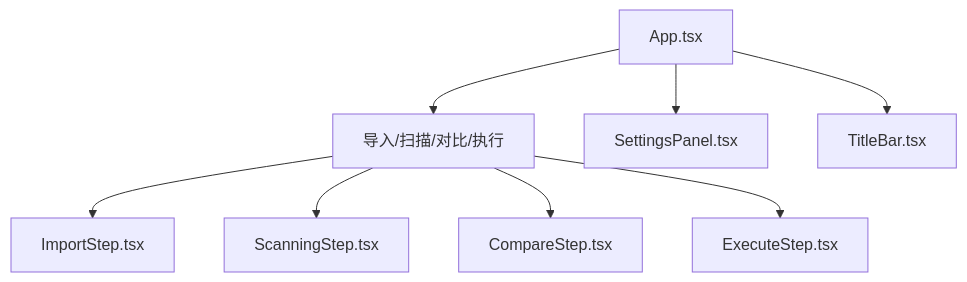
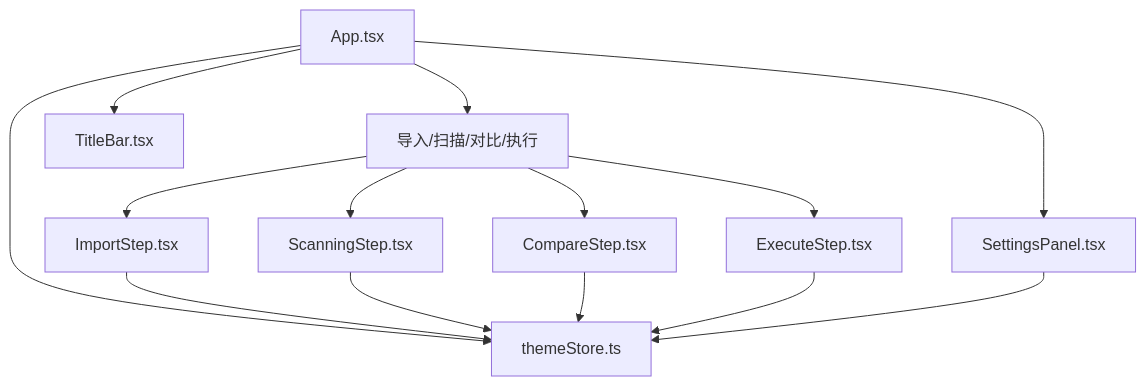
The sixth of 7 diagrams in .qoder/repowiki/zh/content/用户界面系统/用户界面系统.md (remgasuki/ReDoPhoto), drawn with Mermaid before and after one commit. The commit also changed other lines of this file and 10 other files, not shown here.

````diff
--- a/.qoder/repowiki/zh/content/用户界面系统/用户界面系统.md
+++ b/.qoder/repowiki/zh/content/用户界面系统/用户界面系统.md
@@ -413,10 +499,16 @@
 ```mermaid
 graph TB
 Root["App.tsx"] --> Steps["导入/扫描/对比/执行"]
 Steps --> Import["ImportStep.tsx"]
 Steps --> Scan["ScanningStep.tsx"]
 Steps --> Compare["CompareStep.tsx"]
 Steps --> Exec["ExecuteStep.tsx"]
 Root --> Settings["SettingsPanel.tsx"]
 Root --> Title["TitleBar.tsx"]
+Root --> Theme["themeStore.ts"]
+Import --> Theme
+Scan --> Theme
+Compare --> Theme
+Exec --> Theme
+Settings --> Theme
 ```
````
